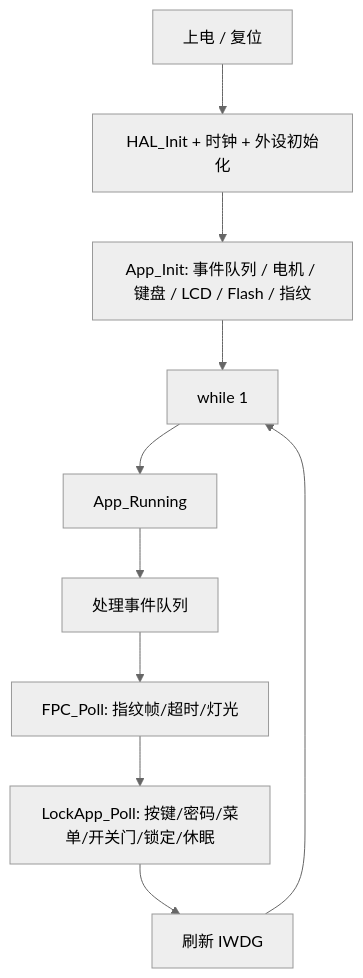
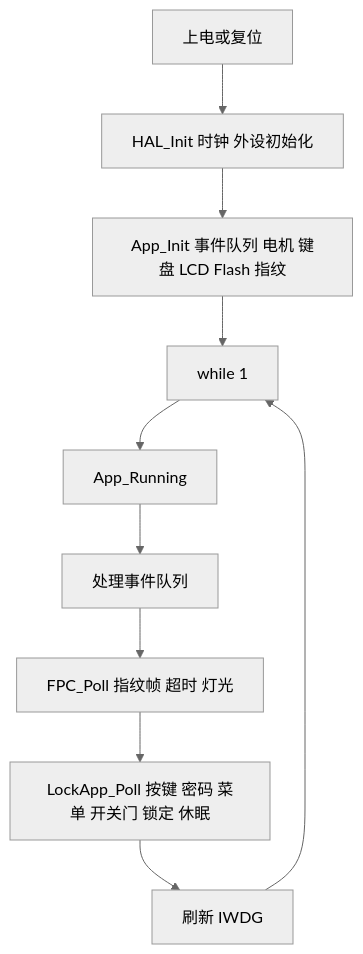
The first of 3 diagrams in README.md (Bury621/Awesome_Lock), drawn with Mermaid (neutral theme) before and after one commit. The commit also changed other lines of this file, not shown here.

Commit message:
修复 README Mermaid 格式

````diff
--- a/README.md
+++ b/README.md
@@ -59,12 +59,12 @@
 ```mermaid
 flowchart TD
-    A[上电 / 复位] --> B[HAL_Init + 时钟 + 外设初始化]
-    B --> C[App_Init: 事件队列 / 电机 / 键盘 / LCD / Flash / 指纹]
-    C --> D[while 1]
-    D --> E[App_Running]
-    E --> F[处理事件队列]
-    F --> G[FPC_Poll: 指纹帧/超时/灯光]
-    G --> H[LockApp_Poll: 按键/密码/菜单/开关门/锁定/休眠]
-    H --> I[刷新 IWDG]
+    A["上电或复位"] --> B["HAL_Init 时钟 外设初始化"]
+    B --> C["App_Init 事件队列 电机 键盘 LCD Flash 指纹"]
+    C --> D["while 1"]
+    D --> E["App_Running"]
+    E --> F["处理事件队列"]
+    F --> G["FPC_Poll 指纹帧 超时 灯光"]
+    G --> H["LockApp_Poll 按键 密码 菜单 开关门 锁定 休眠"]
+    H --> I["刷新 IWDG"]
     I --> D
 ```
````
